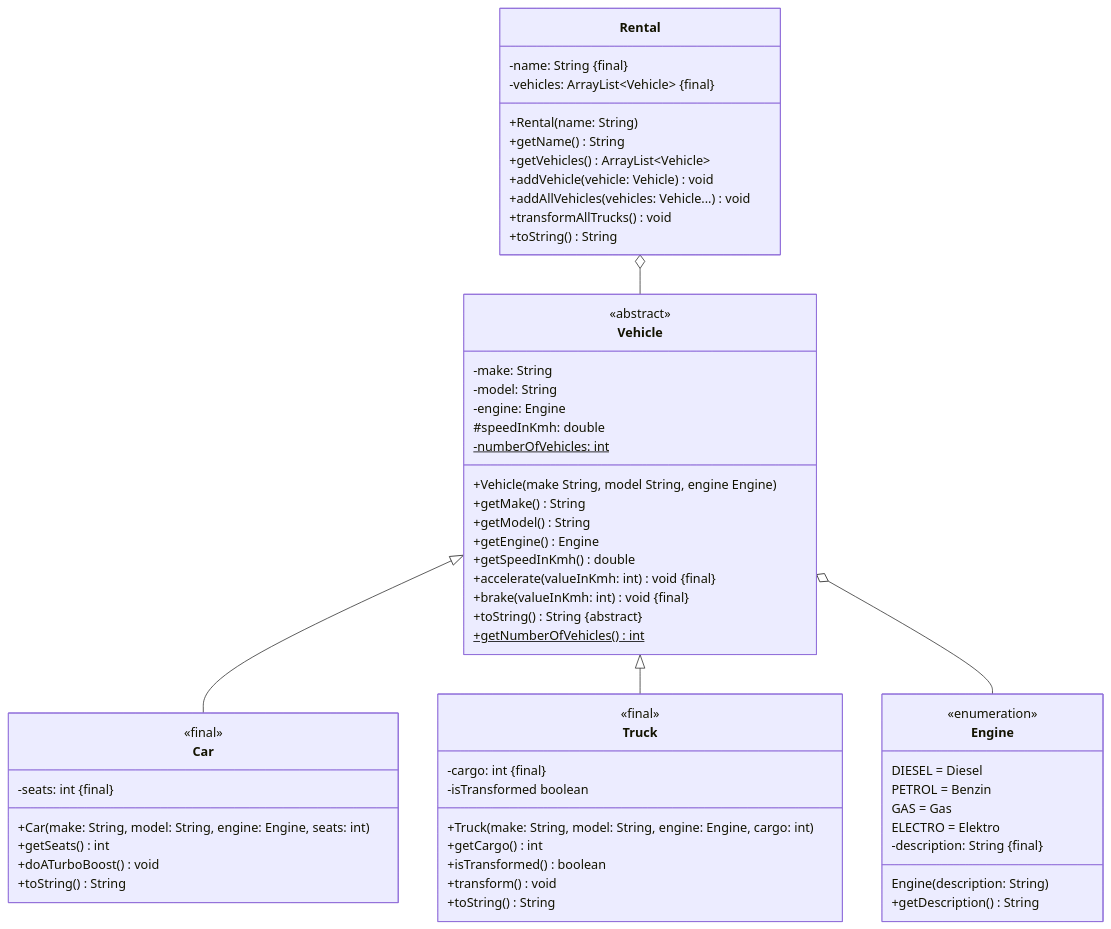
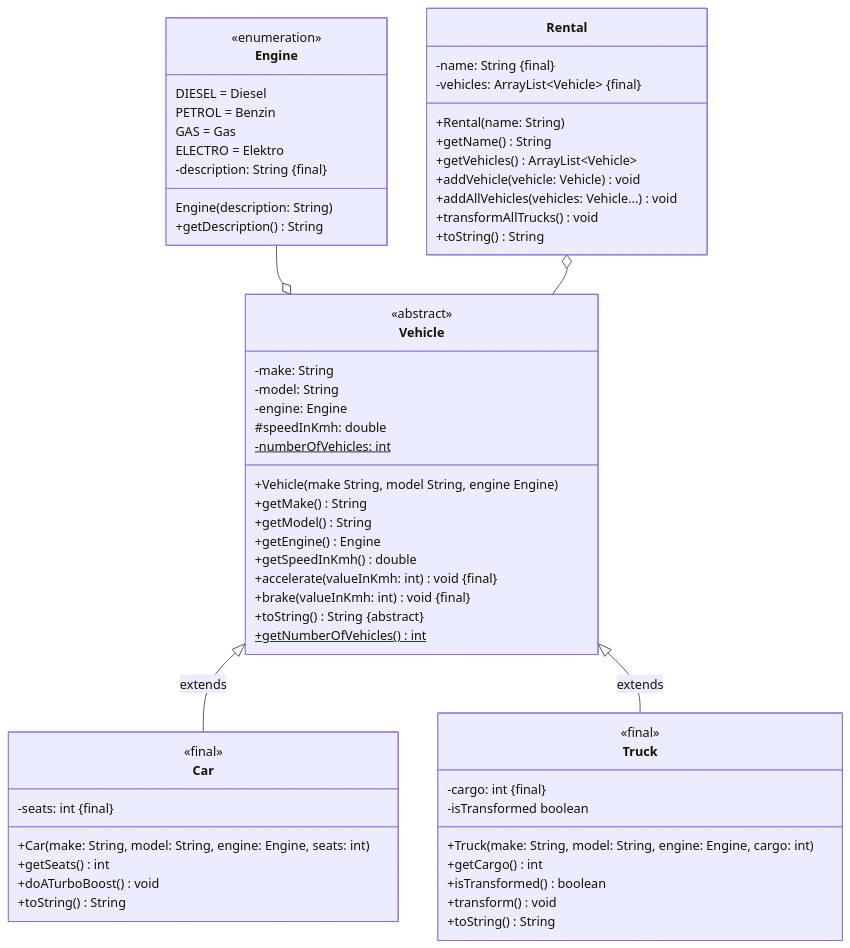
One commit to jappuccini/java-docs changed the diagram in docs/exercises/abstract-and-final/abstract-and-final01.mdx. Above: the diagram before and after it, drawn with Mermaid. The commit also changed 36 other files, not shown here.

````diff
--- a/docs/exercises/abstract-and-final/abstract-and-final01.mdx
+++ b/docs/exercises/abstract-and-final/abstract-and-final01.mdx
@@ -14,68 +14,68 @@
 ```mermaid
 classDiagram
-    Vehicle <|-- Car
-    Vehicle <|-- Truck
-    Vehicle o-- Engine
+    Vehicle <|-- Car: extends
+    Vehicle <|-- Truck: extends
+    Engine --o Vehicle
     Rental o-- Vehicle
 
     class Vehicle {
         <<abstract>>
         -make: String
         -model: String
         -engine: Engine
         #speedInKmh: double
         -numberOfVehicles: int$
         +Vehicle(make String, model String, engine Engine)
         +getMake() String
         +getModel() String
         +getEngine() Engine
         +getSpeedInKmh() double
         +accelerate(valueInKmh: int) void &#123final&#125
         +brake(valueInKmh: int) void &#123final&#125
         +toString() String &#123abstract&#125
         +getNumberOfVehicles()$ int
     }
 
     class Engine {
         <<enumeration>>
         DIESEL = Diesel
         PETROL = Benzin
         GAS = Gas
         ELECTRO = Elektro
         -description: String &#123final&#125
         Engine(description: String)
         +getDescription() String
     }
 
     class Car {
         <<final>>
         -seats: int &#123final&#125
         +Car(make: String, model: String, engine: Engine, seats: int)
         +getSeats() int
         +doATurboBoost() void
         +toString() String
     }
 
     class Truck {
         <<final>>
         -cargo: int &#123final&#125
         -isTransformed boolean
         +Truck(make: String, model: String, engine: Engine, cargo: int)
         +getCargo() int
         +isTransformed() boolean
         +transform() void
         +toString() String
     }
 
     class Rental {
         -name: String &#123final&#125
         -vehicles: ArrayList~Vehicle~ &#123final&#125
         +Rental(name: String)
         +getName() String
         +getVehicles() ArrayList~Vehicle~
         +addVehicle(vehicle: Vehicle) void
         +addAllVehicles(vehicles: Vehicle...) void
         +transformAllTrucks() void
         +toString() String
     }
 ```
````
